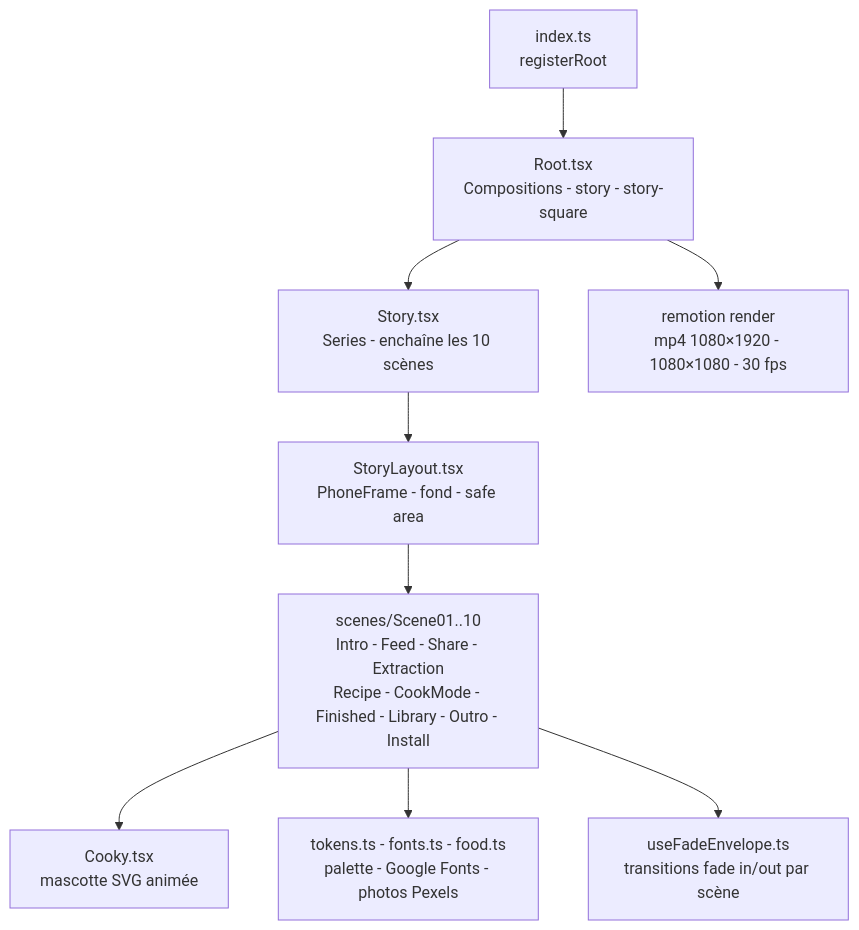
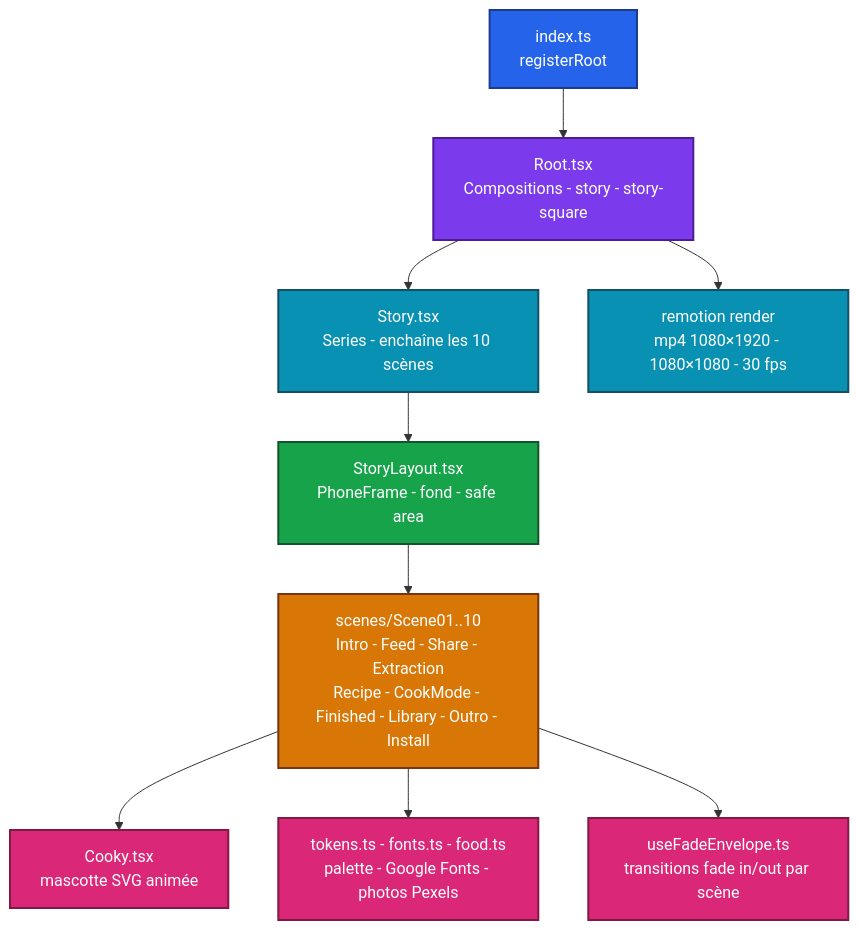
Before and after one commit to Adam-Blf/let-me-cook-story: the diagram in README.md, drawn with Mermaid.

Commit message:
docs: add colors to mermaid diagrams (#4)
Each node gets a palette class (by subgraph or by flow depth), subgraphs are tinted, non-flowchart diagrams use a colored base theme. Validated by rendering every diagram before and after.

````diff
--- a/README.md
+++ b/README.md
@@ -20,21 +20,34 @@
 ```mermaid
 flowchart TB
     Entry["index.ts<br/>registerRoot"]
     Root["Root.tsx<br/>Compositions - story - story-square"]
     Story["Story.tsx<br/>Series - enchaîne les 10 scènes"]
     Layout["StoryLayout.tsx<br/>PhoneFrame - fond - safe area"]
     Scenes["scenes/Scene01..10<br/>Intro - Feed - Share - Extraction<br/>Recipe - CookMode - Finished - Library - Outro - Install"]
     Cooky["Cooky.tsx<br/>mascotte SVG animée"]
     Tokens["tokens.ts - fonts.ts - food.ts<br/>palette - Google Fonts - photos Pexels"]
     Fade["useFadeEnvelope.ts<br/>transitions fade in/out par scène"]
     Render["remotion render<br/>mp4 1080×1920 - 1080×1080 - 30 fps"]
 
     Entry --> Root
     Root --> Story
     Story --> Layout
     Layout --> Scenes
     Scenes --> Cooky
     Scenes --> Tokens
     Scenes --> Fade
     Root --> Render
+
+    classDef c0 fill:#2563eb,stroke:#1e3a8a,stroke-width:2px,color:#ffffff
+    classDef c1 fill:#7c3aed,stroke:#4c1d95,stroke-width:2px,color:#ffffff
+    classDef c2 fill:#0891b2,stroke:#164e63,stroke-width:2px,color:#ffffff
+    classDef c3 fill:#16a34a,stroke:#14532d,stroke-width:2px,color:#ffffff
+    classDef c4 fill:#d97706,stroke:#78350f,stroke-width:2px,color:#ffffff
+    classDef c5 fill:#db2777,stroke:#831843,stroke-width:2px,color:#ffffff
+    class Entry c0
+    class Root c1
+    class Story,Render c2
+    class Layout c3
+    class Scenes c4
+    class Cooky,Tokens,Fade c5
 ```
````
